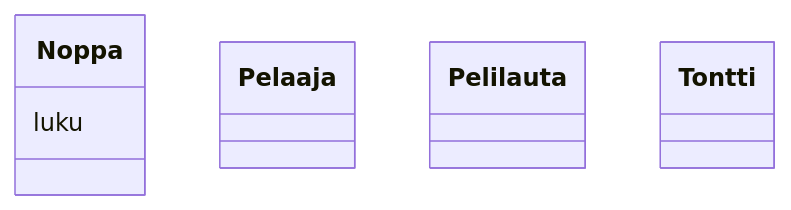
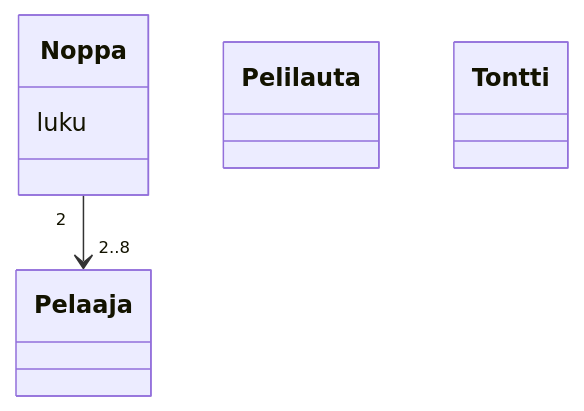
One commit to Yahimoh/ot-harjoitustyo changed the diagram in laskarit/viikko3/Monopoli_kaavio.md. Above: the diagram before and after it, drawn with Mermaid.

Commit message:
Testirelaatio lisätty

````diff
--- a/laskarit/viikko3/Monopoli_kaavio.md
+++ b/laskarit/viikko3/Monopoli_kaavio.md
@@ -1,15 +1,18 @@
 ```mermaid
  classDiagram
+	
+	Noppa "2" --> "2..8" Pelaaja
+
 	class Noppa {
 		luku
 	}
 
         class Pelaaja {     
         }
 
 	class Pelilauta {
 	}
 
 	class Tontti {
 	}
 ```
````
